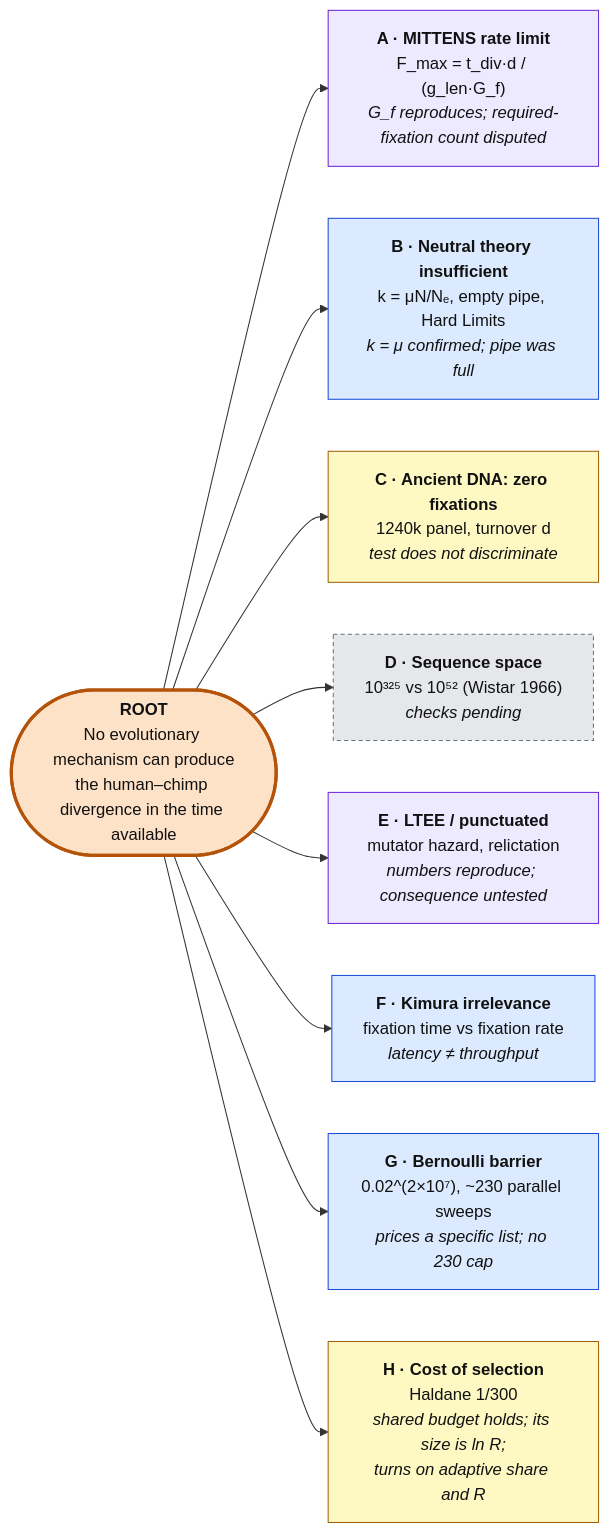
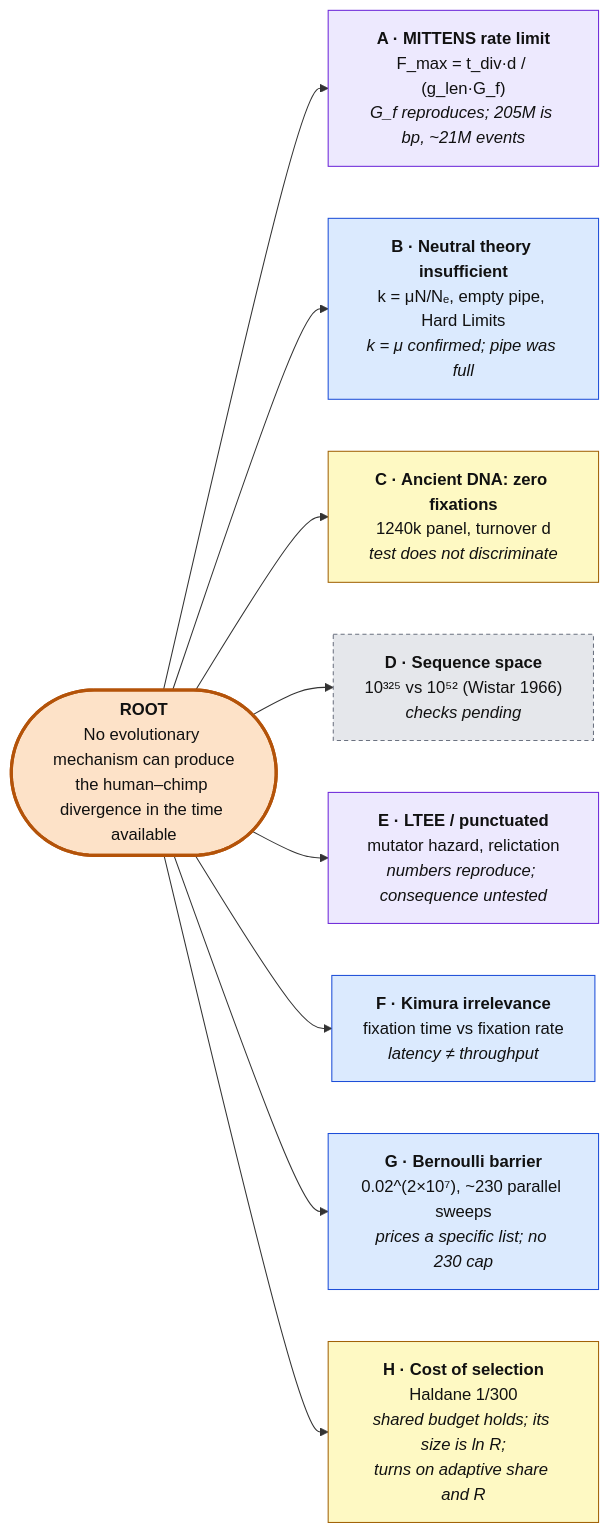
Before and after one commit to nickallevato/evo-sim: the first of 2 diagrams in README.md, drawn with Mermaid. The commit also changed other lines of this file and 36 other files, not shown here.

````diff
--- a/README.md
+++ b/README.md
@@ -66,21 +67,21 @@
 ```mermaid
 flowchart LR
   ROOT(["<b>ROOT</b><br/>No evolutionary mechanism can produce<br/>the human–chimp divergence in the time available"]):::day
 
-  A["<b>A · MITTENS rate limit</b><br/>F_max = t_div·d / (g_len·G_f)<br/><i>G_f reproduces; required-fixation count disputed</i>"]:::mixed
+  A["<b>A · MITTENS rate limit</b><br/>F_max = t_div·d / (g_len·G_f)<br/><i>G_f reproduces; 205M is bp, ~21M events</i>"]:::mixed
   B["<b>B · Neutral theory insufficient</b><br/>k = μN/Nₑ, empty pipe, Hard Limits<br/><i>k = μ confirmed; pipe was full</i>"]:::critic
   C["<b>C · Ancient DNA: zero fixations</b><br/>1240k panel, turnover d<br/><i>test does not discriminate</i>"]:::open
   D["<b>D · Sequence space</b><br/>10³²⁵ vs 10⁵² (Wistar 1966)<br/><i>checks pending</i>"]:::todo
   E["<b>E · LTEE / punctuated</b><br/>mutator hazard, relictation<br/><i>numbers reproduce; consequence untested</i>"]:::mixed
   F["<b>F · Kimura irrelevance</b><br/>fixation time vs fixation rate<br/><i>latency ≠ throughput</i>"]:::critic
   G["<b>G · Bernoulli barrier</b><br/>0.02^(2×10⁷), ~230 parallel sweeps<br/><i>prices a specific list; no 230 cap</i>"]:::critic
   H["<b>H · Cost of selection</b><br/>Haldane 1/300<br/><i>shared budget holds; its size is ln R;<br/>turns on adaptive share and R</i>"]:::open
 
   ROOT --> A & B & C & D & E & F & G & H
 
   classDef day fill:#fde2c8,stroke:#b45309,stroke-width:3px,color:#111
   classDef critic fill:#dbeafe,stroke:#1d4ed8,color:#111
   classDef mixed fill:#ede9fe,stroke:#6d28d9,color:#111
   classDef open fill:#fef9c3,stroke:#a16207,color:#111
   classDef todo fill:#e5e7eb,stroke:#6b7280,color:#111,stroke-dasharray:4 3
 ```
````
